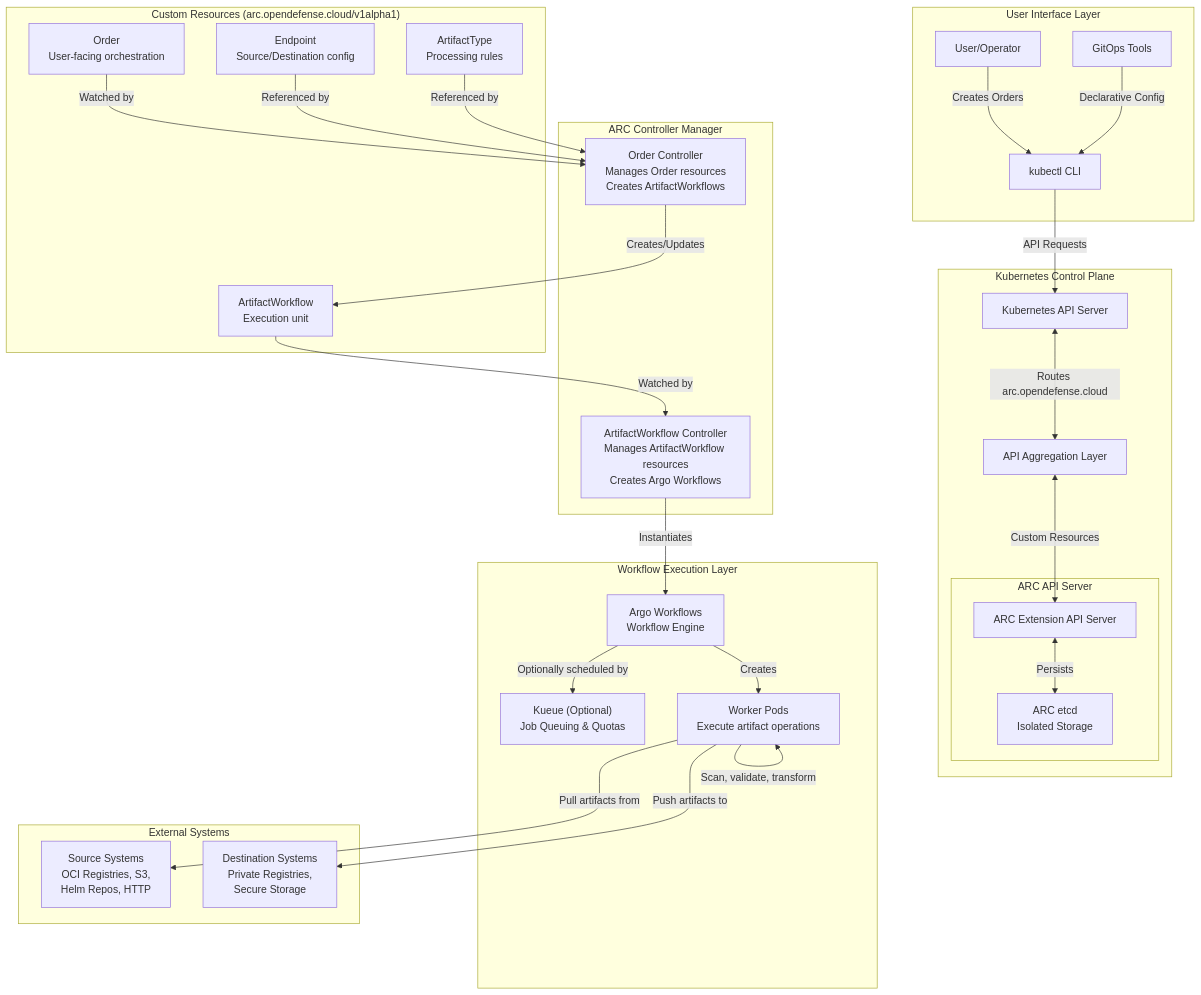
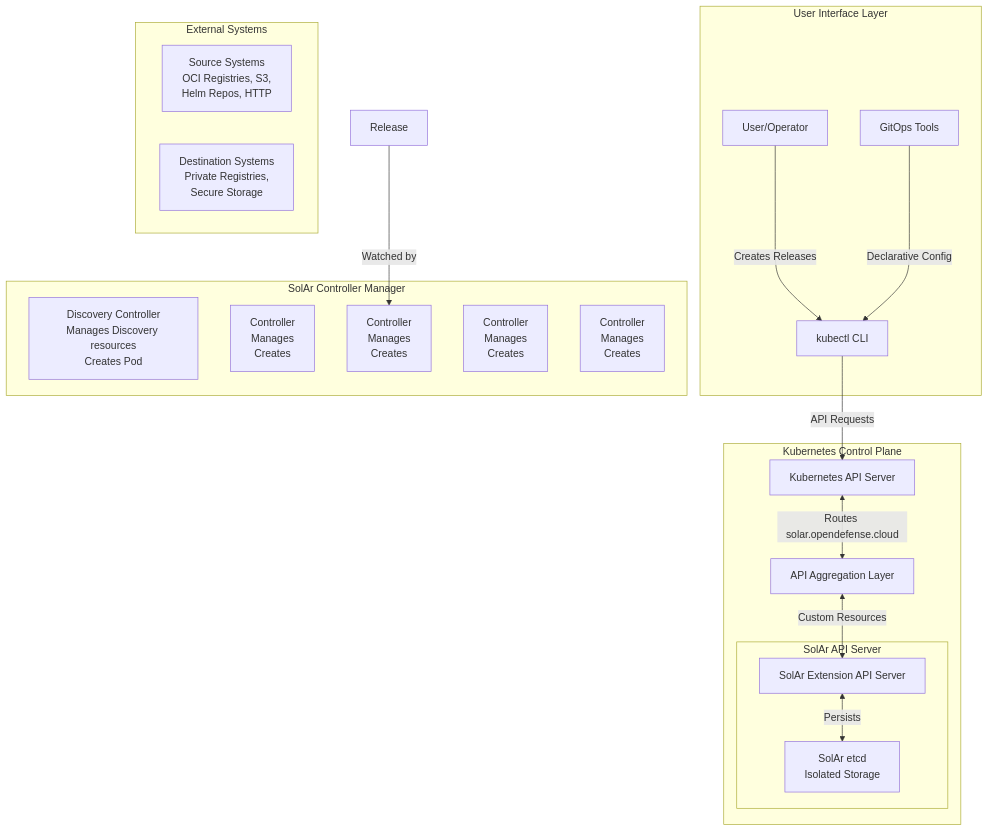
One commit to opendefensecloud/solution-arsenal changed the first of 3 diagrams in docs/developer-guide/architecture.md. Above: the diagram before and after it, drawn with Mermaid. The commit also changed other lines of this file and 20 other files, not shown here.

````diff
--- a/docs/developer-guide/architecture.md
+++ b/docs/developer-guide/architecture.md
@@ -5,64 +5,41 @@
 ```mermaid
 graph TB
     subgraph "User Interface Layer"
         User["User/Operator"]
         Kubectl["kubectl CLI"]
         GitOps["GitOps Tools"]
     end
-    
+
     subgraph "Kubernetes Control Plane"
         K8sAPI["Kubernetes API Server"]
         APIAgg["API Aggregation Layer"]
-        
-        subgraph "ARC API Server"
-            ARCAPI["ARC Extension API Server"]
-            ETCDArc["ARC etcd<br/>Isolated Storage"]
+
+        subgraph "SolAr API Server"
+            SOLARAPI["SolAr Extension API Server"]
+            SOLARETCD["SolAr etcd<br/>Isolated Storage"]
         end
     end
-    
-    subgraph "ARC Controller Manager"
-        OrderCtrl["Order Controller<br/>Manages Order resources<br/>Creates ArtifactWorkflows"]
-        AWCtrl["ArtifactWorkflow Controller<br/>Manages ArtifactWorkflow resources<br/>Creates Argo Workflows"]
+
+    subgraph "SolAr Controller Manager"
+        DiscoveryCtrl["Discovery Controller<br/>Manages Discovery resources<br/>Creates Pod"]
+        TargetCtrl["Controller<br/>Manages<br/>Creates"]
+        ReleaseCtrl["Controller<br/>Manages<br/>Creates"]
+        HydratedTargetCtrl["Controller<br/>Manages<br/>Creates"]
+        RenderTaskCtrl["Controller<br/>Manages<br/>Creates"]
     end
-    
-    subgraph "Custom Resources (arc.opendefense.cloud/v1alpha1)"
-        Order["Order<br/>User-facing orchestration"]
-        ArtifactWF["ArtifactWorkflow<br/>Execution unit"]
-        Endpoint["Endpoint<br/>Source/Destination config"]
-        ArtifactType["ArtifactType<br/>Processing rules"]
-    end
-    
-    subgraph "Workflow Execution Layer"
-        ArgoWF["Argo Workflows<br/>Workflow Engine"]
-        Kueue["Kueue (Optional)<br/>Job Queuing & Quotas"]
-        Workers["Worker Pods<br/>Execute artifact operations"]
-    end
-    
+
     subgraph "External Systems"
         SrcReg["Source Systems<br/>OCI Registries, S3,<br/>Helm Repos, HTTP"]
         DstReg["Destination Systems<br/>Private Registries,<br/>Secure Storage"]
     end
-    
-    User -->|"Creates Orders"| Kubectl
+
+    User -->|"Creates Releases"| Kubectl
     GitOps -->|"Declarative Config"| Kubectl
     Kubectl -->|"API Requests"| K8sAPI
-    
-    K8sAPI <-->|"Routes arc.opendefense.cloud"| APIAgg
-    APIAgg <-->|"Custom Resources"| ARCAPI
-    ARCAPI <-->|"Persists"| ETCDArc
-    
-    Order -->|"Watched by"| OrderCtrl
-    Endpoint -->|"Referenced by"| OrderCtrl
-    ArtifactType -->|"Referenced by"| OrderCtrl
-    OrderCtrl -->|"Creates/Updates"| ArtifactWF
-    
-    ArtifactWF -->|"Watched by"| AWCtrl
-    AWCtrl -->|"Instantiates"| ArgoWF
-    
-    ArgoWF -->|"Optionally scheduled by"| Kueue
-    ArgoWF -->|"Creates"| Workers
-    
-    Workers -->|"Pull artifacts from"| SrcReg
-    Workers -->|"Push artifacts to"| DstReg
-    Workers -->|"Scan, validate, transform"| Workers
+
+    K8sAPI <-->|"Routes solar.opendefense.cloud"| APIAgg
+    APIAgg <-->|"Custom Resources"| SOLARAPI
+    SOLARAPI <-->|"Persists"| SOLARETCD
+
+    Release -->|"Watched by"| ReleaseCtrl
 ```
````
